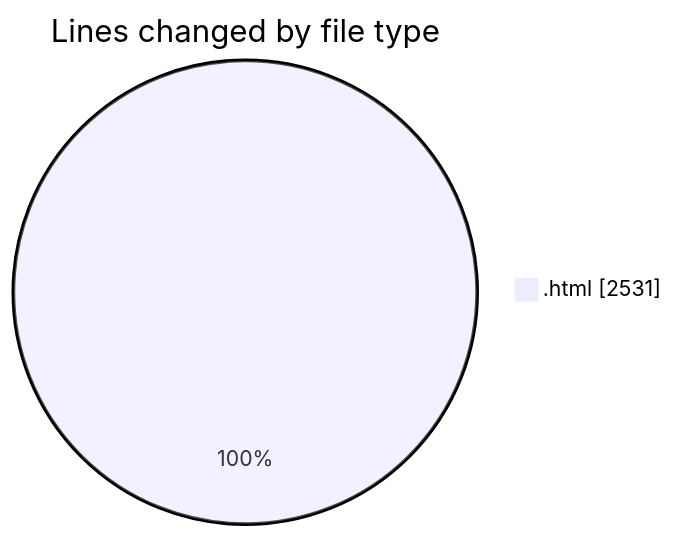
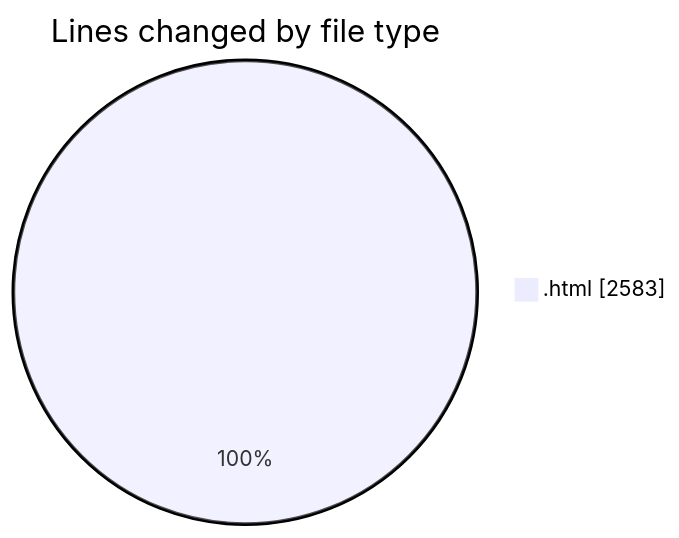
One commit to Ritupan-Deka/code-tracking changed the first of 2 diagrams in 2025-06-17/projects/README.md. Above: the diagram before and after it, drawn with Mermaid. The commit also changed other lines of this file and 1 other file, not shown here.

````diff
--- a/2025-06-17/projects/README.md
+++ b/2025-06-17/projects/README.md
@@ -21,5 +21,5 @@
 ```mermaid
 pie showData
 title Lines changed by file type
-".html" : 2531
+".html" : 2583
 ```
````
